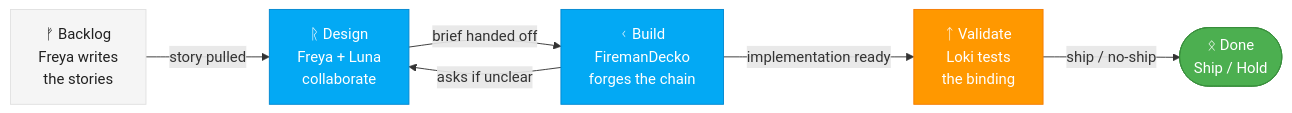
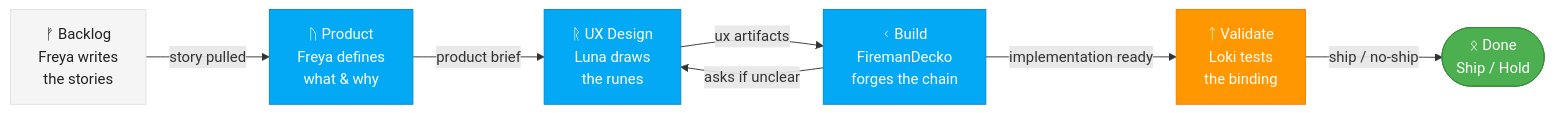
Before and after one commit to declanshanaghy/fenrir-ledger: the diagram in architecture/pipeline.md, drawn with Mermaid. The commit also changed other lines of this file, not shown here.

First line of the commit message:
refactor: update pipeline.md for linear Freya→Luna→FiremanDecko→Loki flow

````diff
--- a/architecture/pipeline.md
+++ b/architecture/pipeline.md
@@ -32,27 +32,30 @@
 ```mermaid
 graph LR
     classDef primary fill:#03A9F4,stroke:#0288D1,color:#FFF
     classDef warning fill:#FF9800,stroke:#F57C00,color:#FFF
     classDef healthy fill:#4CAF50,stroke:#388E3C,color:#FFF
     classDef neutral fill:#F5F5F5,stroke:#E0E0E0,color:#212121
 
     %% Stages
     backlog[ᚠ Backlog<br/>Freya writes<br/>the stories]
-    design[ᚱ Design<br/>Freya + Luna<br/>collaborate]
+    product[ᚢ Product<br/>Freya defines<br/>what &amp; why]
+    ux[ᚱ UX Design<br/>Luna draws<br/>the runes]
     build[ᚲ Build<br/>FiremanDecko<br/>forges the chain]
     validate[ᛏ Validate<br/>Loki tests<br/>the binding]
     done([ᛟ Done<br/>Ship / Hold])
 
     %% Flow
-    backlog -->|story pulled| design
-    design -->|brief handed off| build
-    build -->|asks if unclear| design
+    backlog -->|story pulled| product
+    product -->|product brief| ux
+    ux -->|ux artifacts| build
+    build -->|asks if unclear| ux
     build -->|implementation ready| validate
     validate -->|ship / no-ship| done
 
     class backlog neutral
-    class design primary
+    class product primary
+    class ux primary
     class build primary
     class validate warning
     class done healthy
 ```
````
